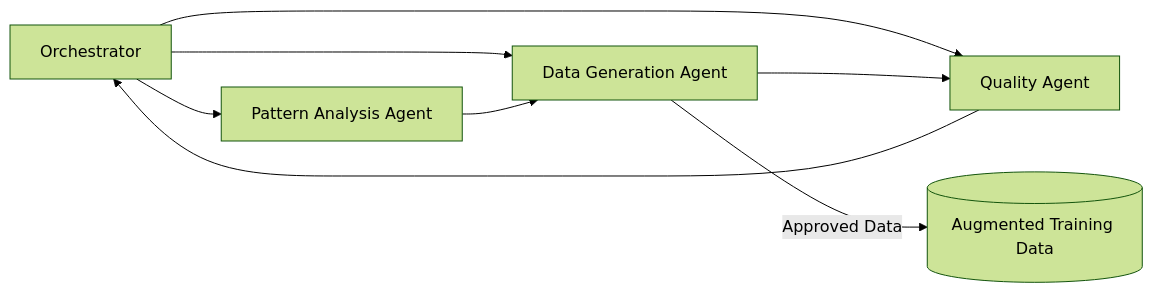
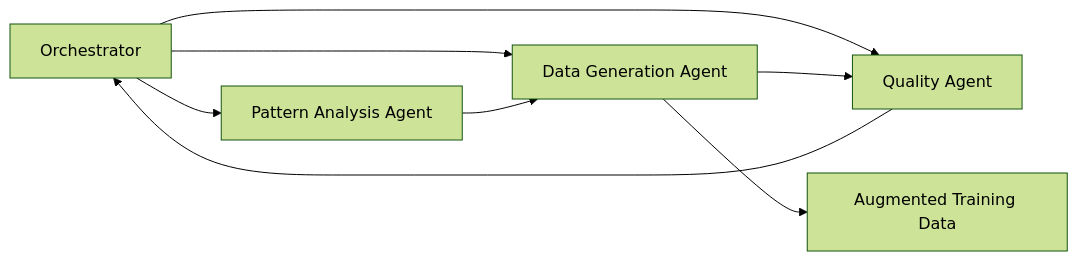
Before and after one commit to cjlludwig/cjlludwig.github.io: the diagram in blogs/12-4-25-agenttrainingarch.md, drawn with Mermaid (forest theme).

````diff
--- a/blogs/12-4-25-agenttrainingarch.md
+++ b/blogs/12-4-25-agenttrainingarch.md
@@ -79,12 +79,12 @@
 ```mermaid
-flowchart LR
-    O[Orchestrator] --> PA[Pattern Analysis Agent]
-    O --> DG[Data Generation Agent]
-    O --> Q[Quality Agent]
+flowchart LR;
+    O["Orchestrator"] --> PA["Pattern Analysis Agent"];
+    O --> DG["Data Generation Agent"];
+    O --> Q["Quality Agent"];
 
-    PA --> DG
-    DG --> Q
-    Q --> O
+    PA --> DG;
+    DG --> Q;
+    Q --> O;
 
-    DG -->|Approved Data| DATA[(Augmented Training Data)]
+    DG --> DATA["Augmented Training Data"];
 ```
````
